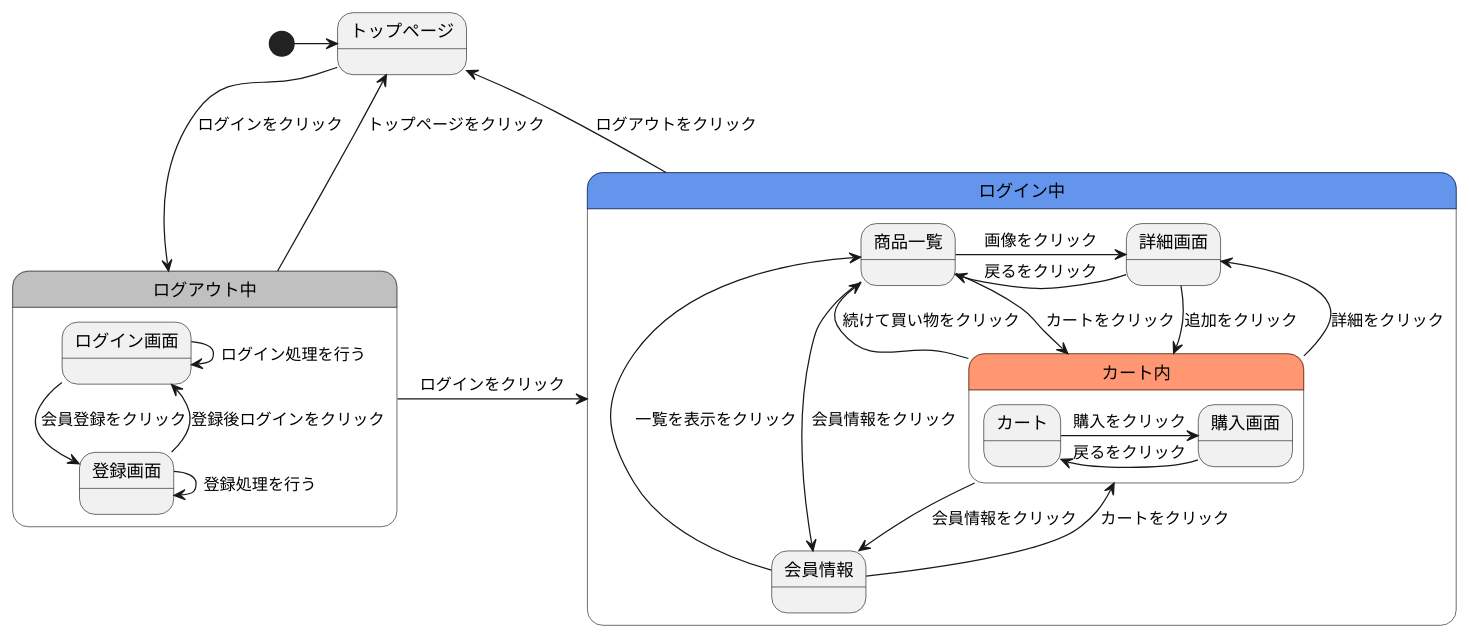
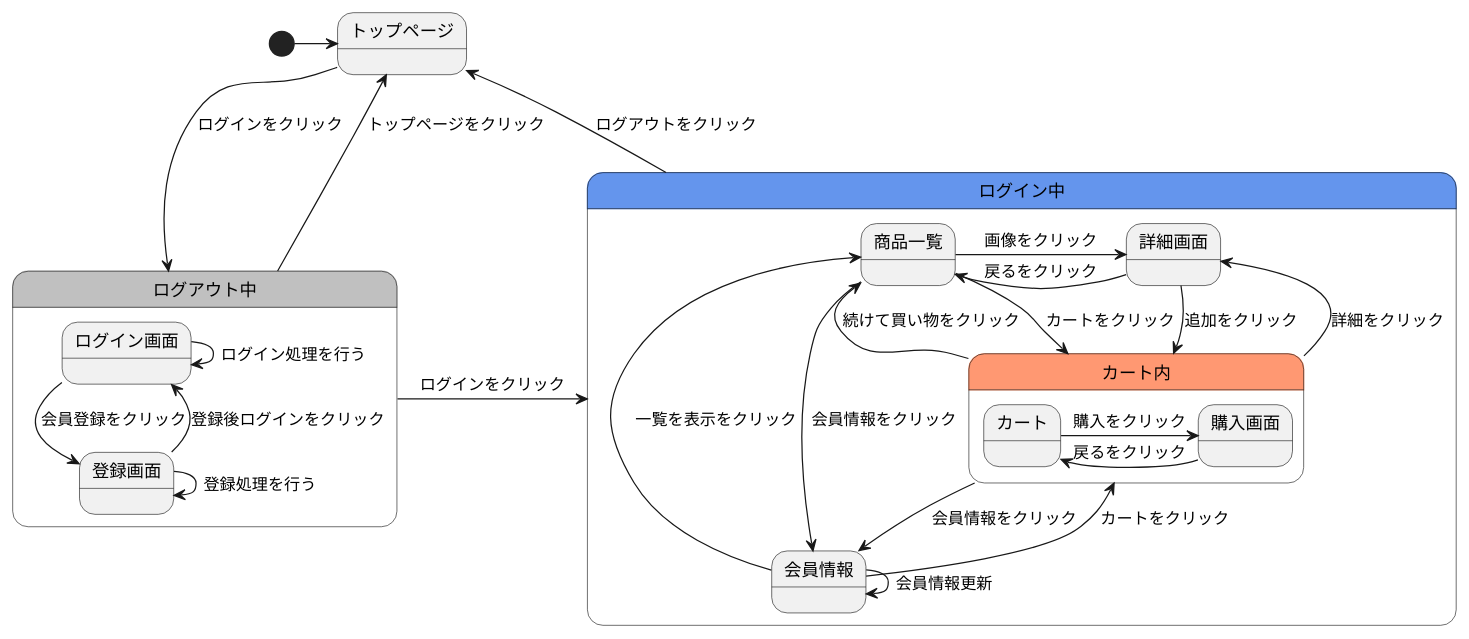
Before and after one commit to Aso2001409/2021sys-design: the diagram in gamen2.md, drawn with PlantUML.

````diff
--- a/gamen2.md
+++ b/gamen2.md
@@ -1,31 +1,32 @@
 ```uml
 @startuml
 [*]->トップページ
 トップページ-->ログアウト中 :ログインをクリック
 ログアウト中->トップページ :トップページをクリック
 ログイン中->トップページ : ログアウトをクリック
 state ログアウト中 #C0C0C0{
   ログイン画面-->登録画面 :会員登録をクリック
   ログイン画面->ログイン画面 :ログイン処理を行う
   登録画面->登録画面 :登録処理を行う
   登録画面--> ログイン画面 :登録後ログインをクリック
 }
 ログアウト中->ログイン中 :ログインをクリック
 state ログイン中 #6495ED{
   商品一覧->詳細画面 :画像をクリック
   商品一覧-->カート内 :カートをクリック
   商品一覧->会員情報 :会員情報をクリック
   詳細画面->商品一覧 :戻るをクリック
   詳細画面-->カート内 :追加をクリック
   会員情報->商品一覧 :一覧を表示をクリック
   会員情報-->カート内 :カートをクリック
+  会員情報->会員情報 :会員情報更新
   state カート内 #FF9872{
     カート->購入画面 :購入をクリック
     購入画面->カート :戻るをクリック
     }  
   カート内->商品一覧 :続けて買い物をクリック
   カート内->会員情報 :会員情報をクリック
   カート内->詳細画面 :詳細をクリック
   }
 @enduml
 ```
````
